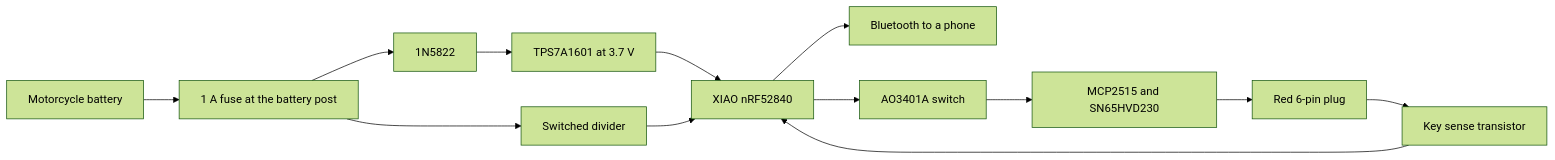
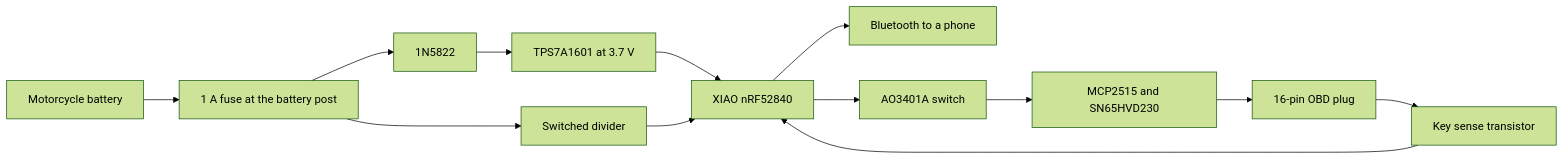
One commit to otoyasergio/OSD changed the diagram in docs/hardware/bike-link-wiring.md. Above: the diagram before and after it, drawn with Mermaid (forest theme). The commit also changed other lines of this file and 5 other files, not shown here.

First line of the commit message:
Point the bike-box cable at Triumph's 16-pin OBD socket.

````diff
--- a/docs/hardware/bike-link-wiring.md
+++ b/docs/hardware/bike-link-wiring.md
@@ -9,20 +9,20 @@
 ```mermaid
 flowchart LR
   batt[Motorcycle battery]
   fuse[1 A fuse at the battery post]
   diode[1N5822]
   reg[TPS7A1601 at 3.7 V]
   xiao[XIAO nRF52840]
   ble[Bluetooth to a phone]
   cansw[AO3401A switch]
   can[MCP2515 and SN65HVD230]
-  plug[Red 6-pin plug]
+  plug[16-pin OBD plug]
   div[Switched divider]
   ign[Key sense transistor]
 
   batt --> fuse --> diode --> reg --> xiao
   xiao --> ble
   xiao --> cansw --> can --> plug
   fuse --> div --> xiao
   plug --> ign --> xiao
 ```
````
